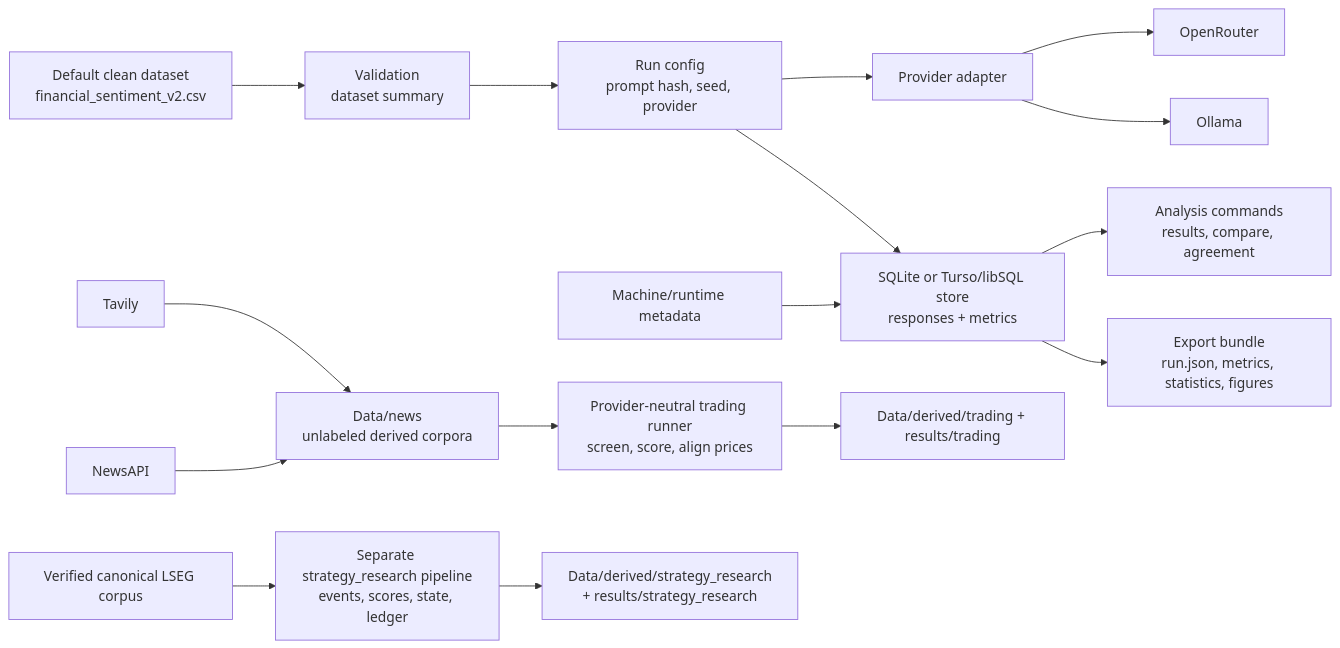
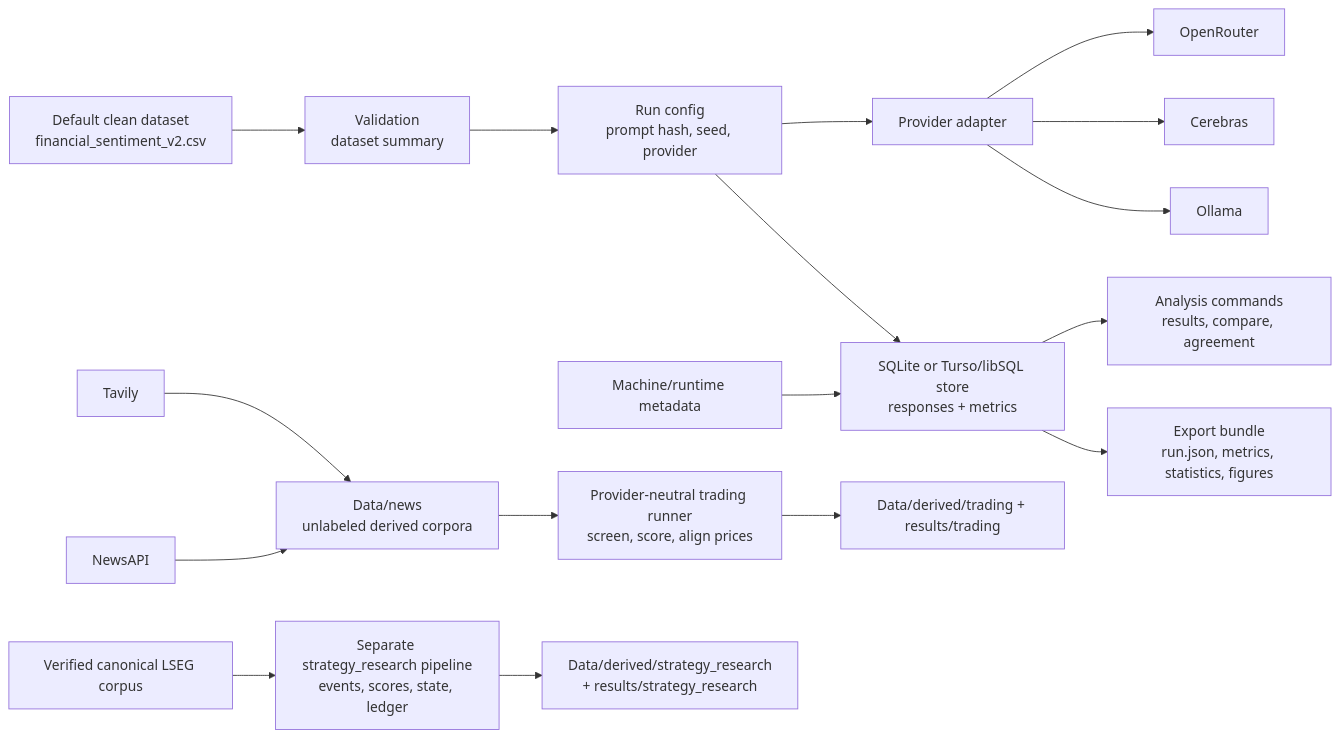
The first of 4 diagrams in docs/architecture.md (PeterLP123/Sentiment_Dissertation), drawn with Mermaid before and after one commit. The commit also changed other lines of this file and 14 other files, not shown here.

````diff
--- a/docs/architecture.md
+++ b/docs/architecture.md
@@ -17,18 +10,19 @@
 ```mermaid
 flowchart LR
     D["Default clean dataset<br/>financial_sentiment_v2.csv"] --> V["Validation<br/>dataset summary"]
     V --> R["Run config<br/>prompt hash, seed, provider"]
     R --> P["Provider adapter"]
     P --> O["OpenRouter"]
+    P --> C["Cerebras"]
     P --> L["Ollama"]
     R --> S["SQLite or Turso/libSQL store<br/>responses + metrics"]
     M["Machine/runtime metadata"] --> S
     S --> A["Analysis commands<br/>results, compare, agreement"]
     S --> E["Export bundle<br/>run.json, metrics, statistics, figures"]
     T["Tavily"] --> N["Data/news<br/>unlabeled derived corpora"]
     NA["NewsAPI"] --> N
     N --> TR["Provider-neutral trading runner<br/>screen, score, align prices"]
     TR --> TE["Data/derived/trading + results/trading"]
     LC["Verified canonical LSEG corpus"] --> SR["Separate strategy_research pipeline<br/>events, scores, state, ledger"]
     SR --> SRA["Data/derived/strategy_research<br/>+ results/strategy_research"]
 ```
````
